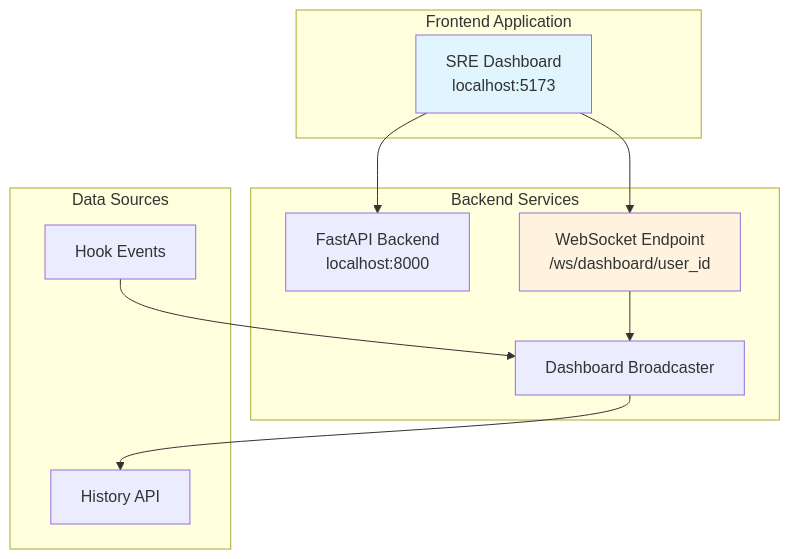
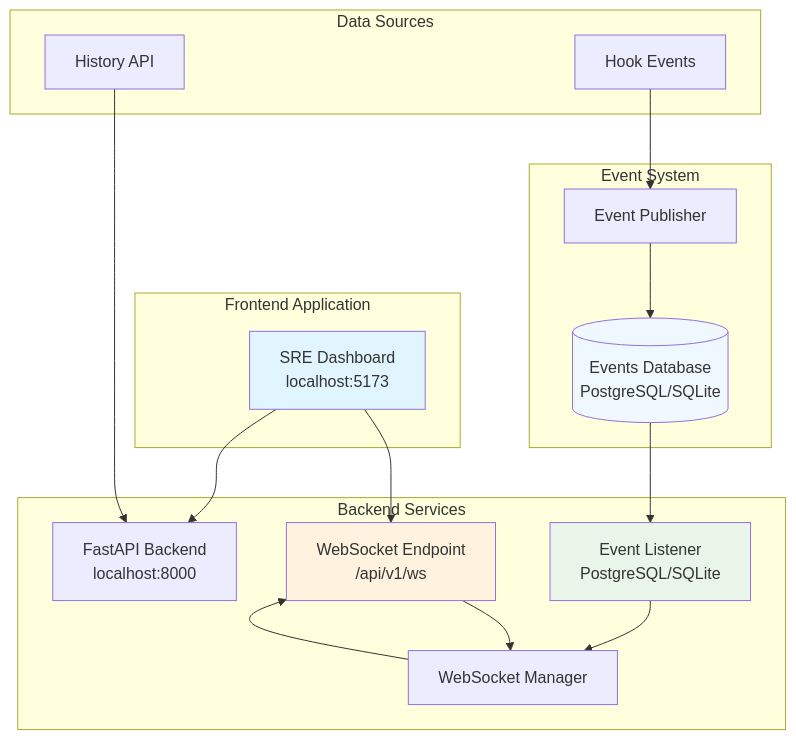
The ninth of 13 diagrams in docs/functional-areas-design.md (rsoaresd/tarsy-bot), drawn with Mermaid before and after one commit. The commit also changed other lines of this file and 79 other files, not shown here.

First line of the commit message:
EP-0025 PostgreSQL eventing (#74)

````diff
--- a/docs/functional-areas-design.md
+++ b/docs/functional-areas-design.md
@@ -1144,27 +1144,40 @@
 ```mermaid
 graph TB
     subgraph "Frontend Application"
         Dashboard[SRE Dashboard<br/>localhost:5173]
     end
     
     subgraph "Backend Services"
         API[FastAPI Backend<br/>localhost:8000]
-        WS["WebSocket Endpoint<br/>/ws/dashboard/user_id"]
-        Broadcaster[Dashboard Broadcaster]
+        WS["WebSocket Endpoint<br/>/api/v1/ws"]
+        WSManager[WebSocket Manager]
+        EventListener[Event Listener<br/>PostgreSQL/SQLite]
+    end
+    
+    subgraph "Event System"
+        EventPublisher[Event Publisher]
+        DB[(Events Database<br/>PostgreSQL/SQLite)]
     end
     
     subgraph "Data Sources"
         History[History API]
         Hooks[Hook Events]
     end
     
     Dashboard --> WS
     Dashboard --> API
     
-    WS --> Broadcaster
-    Broadcaster --> History
-    Hooks --> Broadcaster
+    WS --> WSManager
+    Hooks --> EventPublisher
+    EventPublisher --> DB
+    DB --> EventListener
+    EventListener --> WSManager
+    WSManager --> WS
+    
+    History --> API
     
     style Dashboard fill:#e1f5fe
     style WS fill:#fff3e0
+    style EventListener fill:#e8f5e8
+    style DB fill:#f0f8ff
 ```
````
